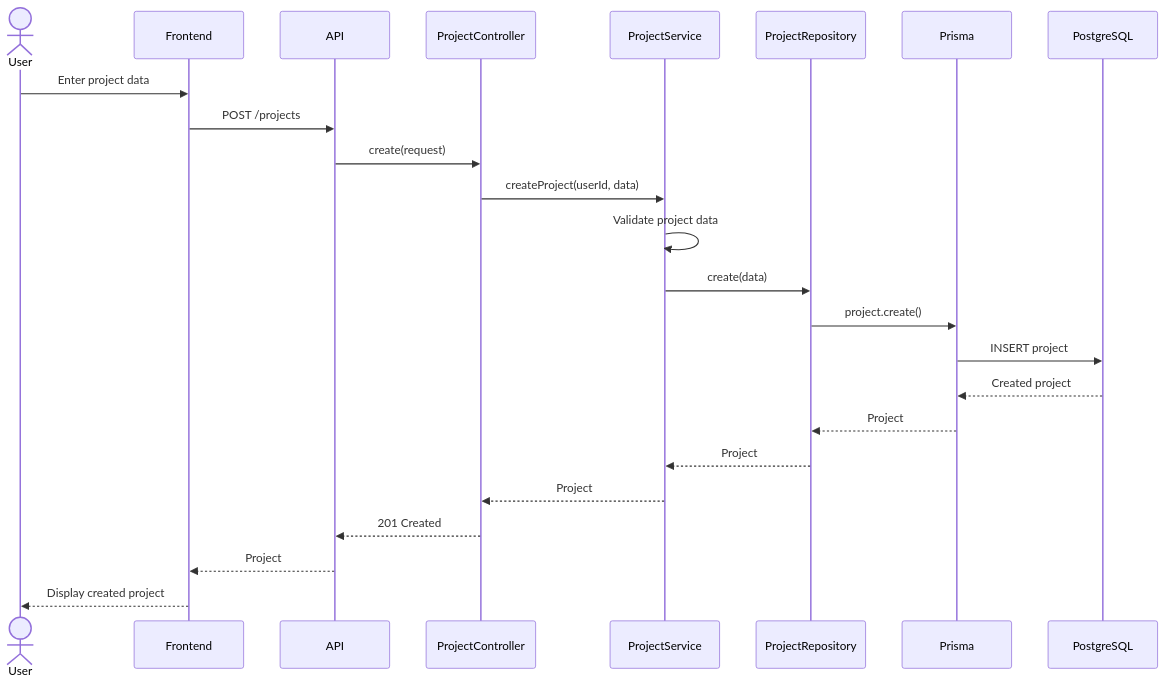
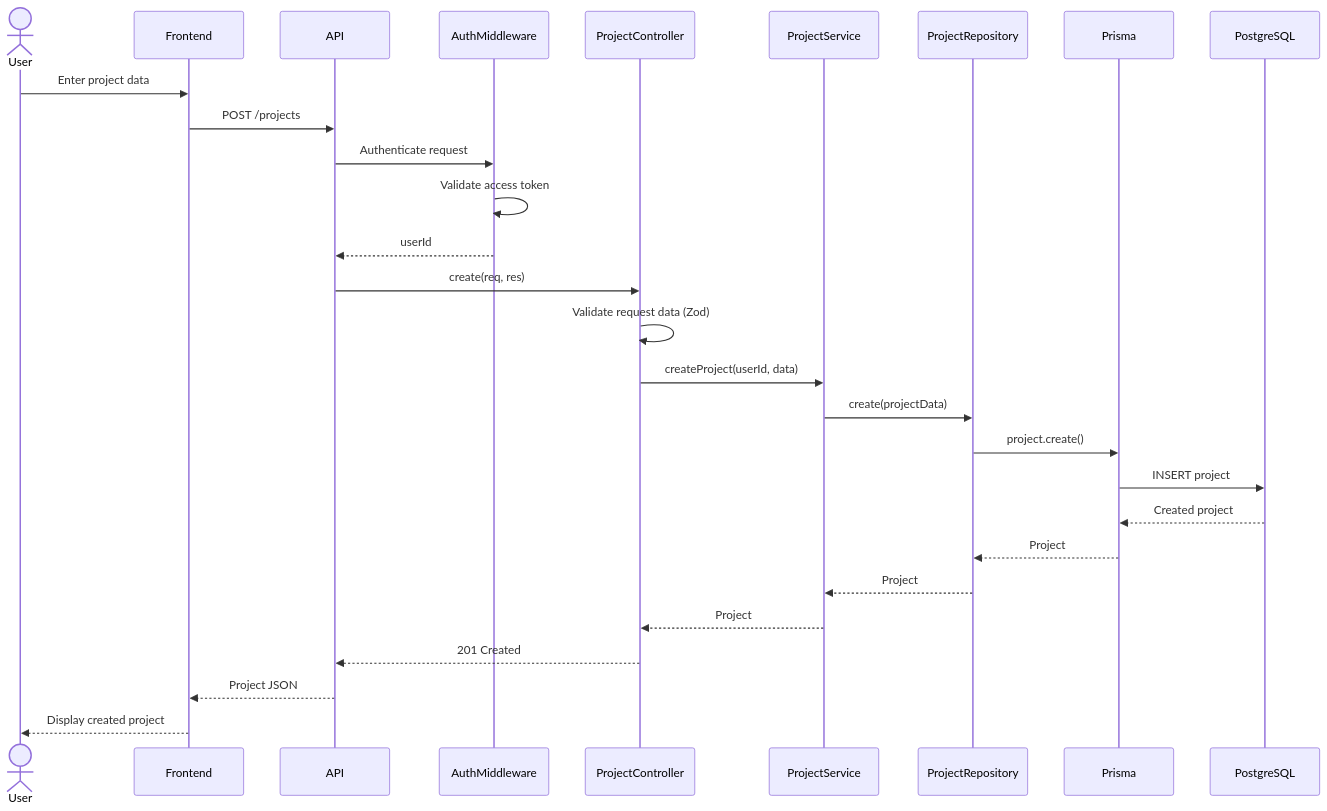
One commit to davihenriquedev1/prodixus changed the diagram in docs/diagrams/sequence-diagrams/project/create.md. Above: the diagram before and after it, drawn with Mermaid. The commit also changed other lines of this file and 3 other files, not shown here.

Commit message:
docs(project): update project crud sequence diagrams

````diff
--- a/docs/diagrams/sequence-diagrams/project/create.md
+++ b/docs/diagrams/sequence-diagrams/project/create.md
@@ -3,49 +3,32 @@
 ```mermaid
 sequenceDiagram
-
     actor User
-
     participant Frontend
-
     participant API
-
+    participant AuthMiddleware
     participant ProjectController
-
     participant ProjectService
-
     participant ProjectRepository
-
     participant Prisma
-
     participant PostgreSQL
 
     User->>Frontend: Enter project data
+    Frontend->>API: POST /projects
+    API->>AuthMiddleware: Authenticate request
+    AuthMiddleware->>AuthMiddleware: Validate access token
+    AuthMiddleware-->>API: userId
 
-    Frontend->>API: POST /projects
-
-    API->>ProjectController: create(request)
-
+    API->>ProjectController: create(req, res)
+    ProjectController->>ProjectController: Validate request data (Zod)
     ProjectController->>ProjectService: createProject(userId, data)
-
-    ProjectService->>ProjectService: Validate project data
-
-    ProjectService->>ProjectRepository: create(data)
-
+    ProjectService->>ProjectRepository: create(projectData)
     ProjectRepository->>Prisma: project.create()
-
     Prisma->>PostgreSQL: INSERT project
-
     PostgreSQL-->>Prisma: Created project
-
     Prisma-->>ProjectRepository: Project
-
     ProjectRepository-->>ProjectService: Project
-
     ProjectService-->>ProjectController: Project
-
     ProjectController-->>API: 201 Created
-
-    API-->>Frontend: Project
-
+    API-->>Frontend: Project JSON
     Frontend-->>User: Display created project
 ```
````
